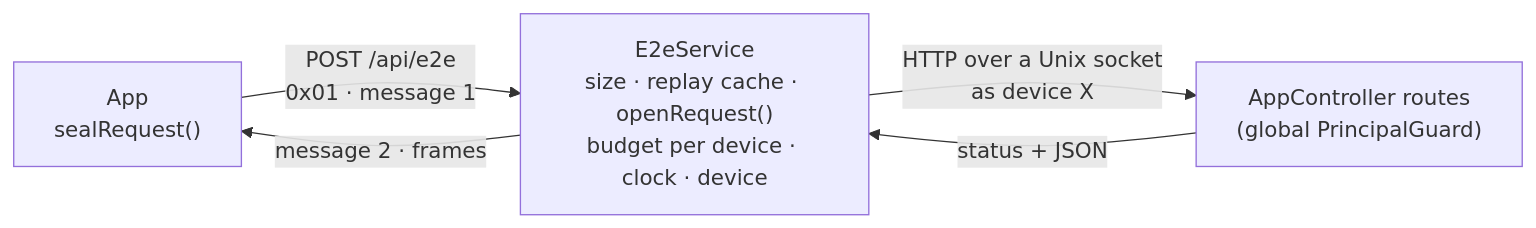
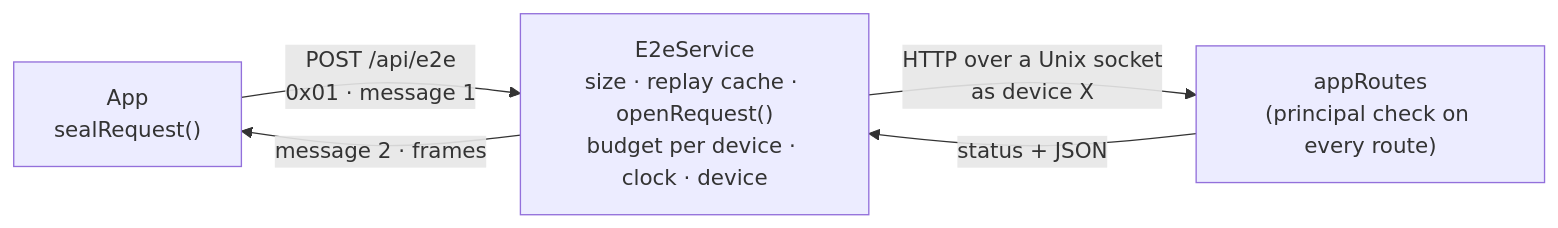
One commit to kubernanny/kubernanny changed the seventh of 11 diagrams in docs/ARCHITECTURE.md. Above: the diagram before and after it, drawn with Mermaid. The commit also changed other lines of this file and 24 other files, not shown here.

````diff
--- a/docs/ARCHITECTURE.md
+++ b/docs/ARCHITECTURE.md
@@ -275,7 +275,7 @@
 ```mermaid
 flowchart LR
   app["App<br/>sealRequest()"] -- "POST /api/e2e<br/>0x01 · message 1" --> e2e["E2eService<br/>size · replay cache · openRequest()<br/>budget per device · clock · device"]
-  e2e -- "HTTP over a Unix socket<br/>as device X" --> routes["AppController routes<br/>(global PrincipalGuard)"]
+  e2e -- "HTTP over a Unix socket<br/>as device X" --> routes["appRoutes<br/>(principal check on every route)"]
   routes -- "status + JSON" --> e2e
   e2e -- "message 2 · frames" --> app
 ```
````
